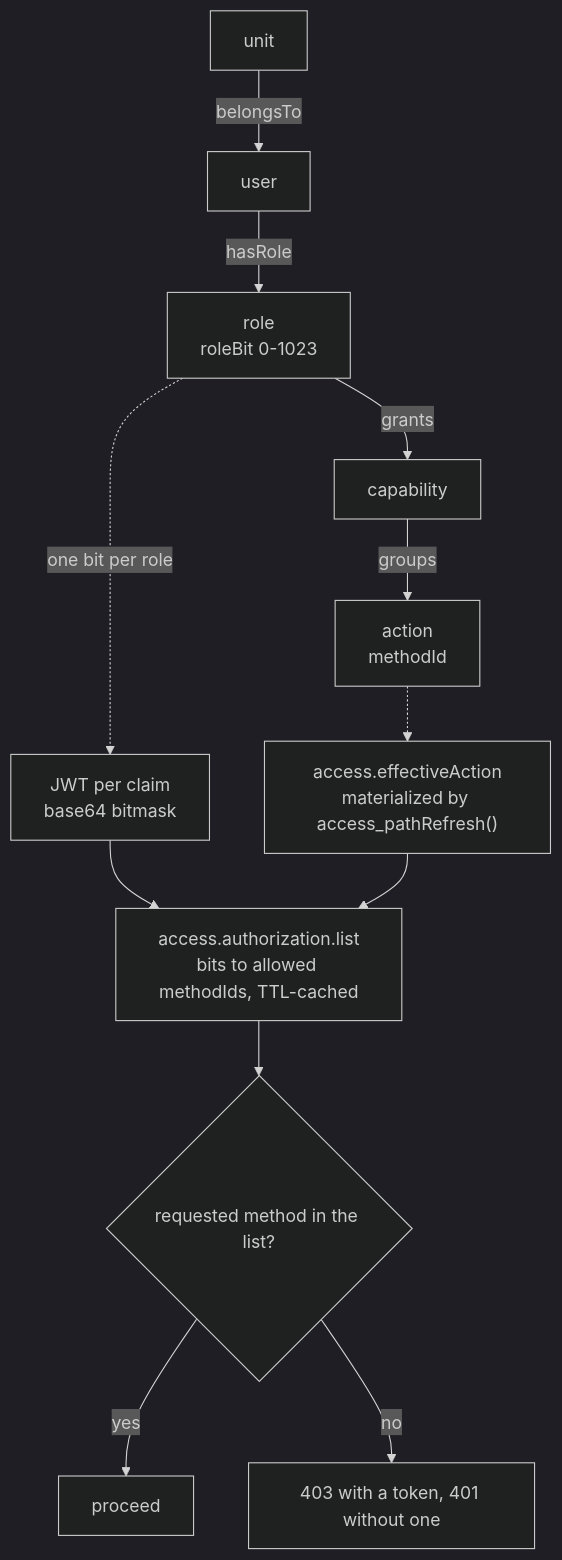
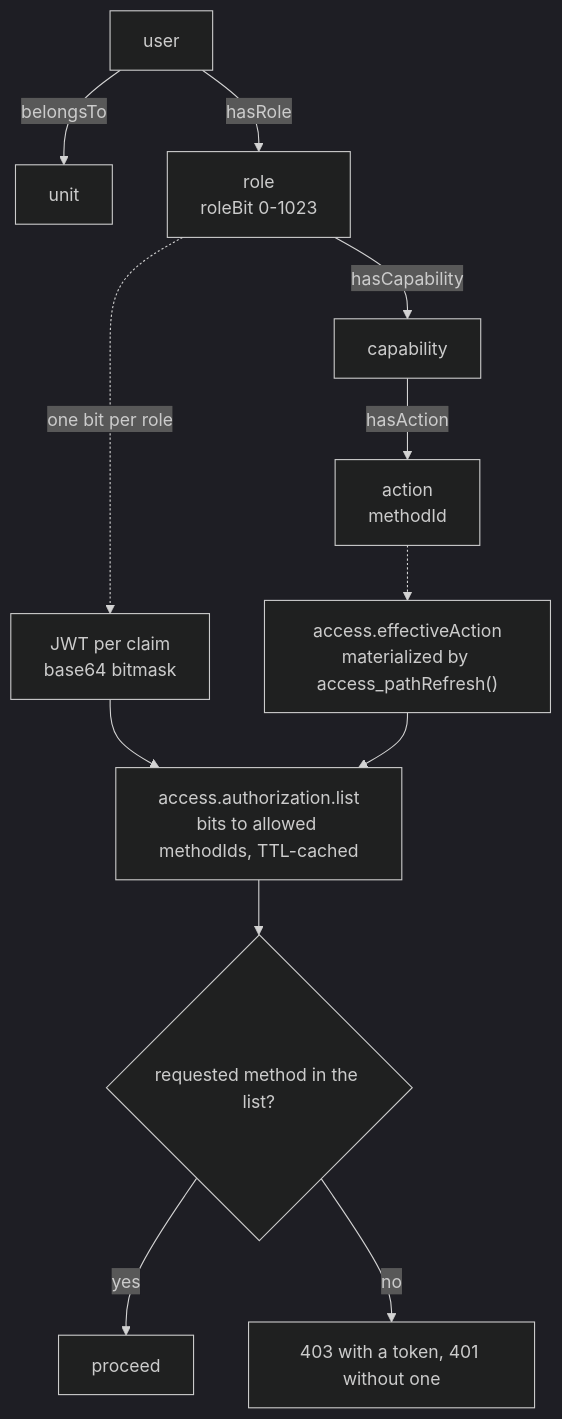
Before and after one commit to feasibleone/blong: the diagram in docs/blong/docs/concepts/rbac.md, drawn with Mermaid (dark theme). The commit also changed other lines of this file and 122 other files, not shown here.

````diff
--- a/docs/blong/docs/concepts/rbac.md
+++ b/docs/blong/docs/concepts/rbac.md
@@ -8,15 +8,21 @@
 ```mermaid
 flowchart TD
-    unit["unit"] -->|"belongsTo"| user["user"]
-    user -->|"hasRole"| role["role<br/>roleBit 0-1023"]
-    role -->|"grants"| cap["capability"]
-    cap -->|"groups"| action["action<br/>methodId"]
+    unit["unit"]
+    user["user"]
+    role["role<br/>roleBit 0-1023"]
+    cap["capability"]
+    action["action<br/>methodId"]
+
+    user -->|"belongsTo"| unit
+    user -->|"hasRole"| role
+    role -->|"hasCapability"| cap
+    cap -->|"hasAction"| action
 
     role -.->|"one bit per role"| per["JWT per claim<br/>base64 bitmask"]
     action -.-> eal["access.effectiveAction<br/>materialized by access_pathRefresh()"]
     per --> list["access.authorization.list<br/>bits to allowed methodIds, TTL-cached"]
     eal --> list
     list --> gate{"requested method in the list?"}
     gate -->|"yes"| ok["proceed"]
     gate -->|"no"| deny["403 with a token, 401 without one"]
 ```
````
